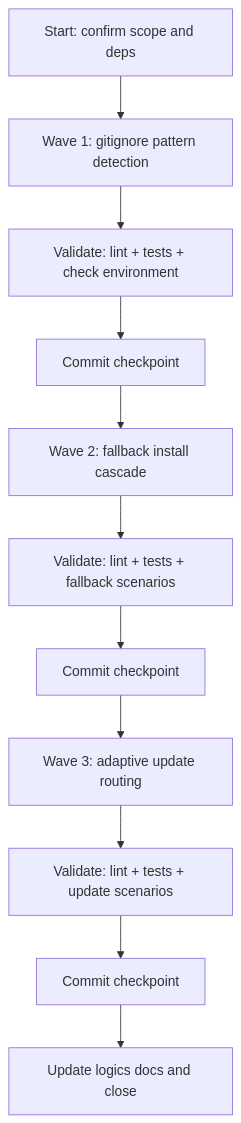
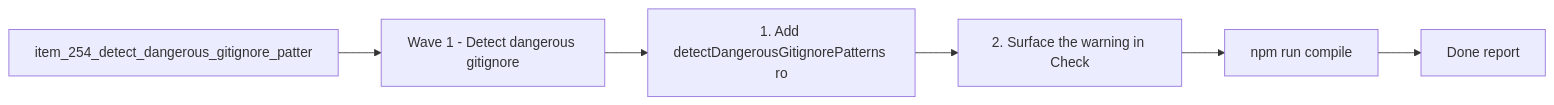
The diagram in logics/tasks/task_116_orchestrate_kit_update_fallback_for_gitignored_logics.md (AlexAgo83/logics-manager), drawn with Mermaid before and after one commit. The commit also changed other lines of this file and 481 other files, not shown here.

````diff
--- a/logics/tasks/task_116_orchestrate_kit_update_fallback_for_gitignored_logics.md
+++ b/logics/tasks/task_116_orchestrate_kit_update_fallback_for_gitignored_logics.md
@@ -17,15 +17,10 @@
 ```mermaid
 %% logics-kind: task
 %% logics-signature: task|orchestrate-kit-update-fallback-for-giti|item-254-detect-dangerous-gitignore-patt|wave-1-detect-dangerous-gitignore|npm-run-compile
-flowchart TD
-    Start[Start: confirm scope and deps] --> W1[Wave 1: gitignore pattern detection]
-    W1 --> W1V[Validate: lint + tests + check environment]
-    W1V --> W1C[Commit checkpoint]
-    W1C --> W2[Wave 2: fallback install cascade]
-    W2 --> W2V[Validate: lint + tests + fallback scenarios]
-    W2V --> W2C[Commit checkpoint]
-    W2C --> W3[Wave 3: adaptive update routing]
-    W3 --> W3V[Validate: lint + tests + update scenarios]
-    W3V --> W3C[Commit checkpoint]
-    W3C --> Final[Update logics docs and close]
+flowchart LR
+    Backlog[item_254_detect_dangerous_gitignore_patter] --> Step1[Wave 1 - Detect dangerous gitignore]
+    Step1 --> Step2[1. Add detectDangerousGitignorePatterns ro]
+    Step2 --> Step3[2. Surface the warning in Check]
+    Step3 --> Validation[npm run compile]
+    Validation --> Report[Done report]
 ```
````
